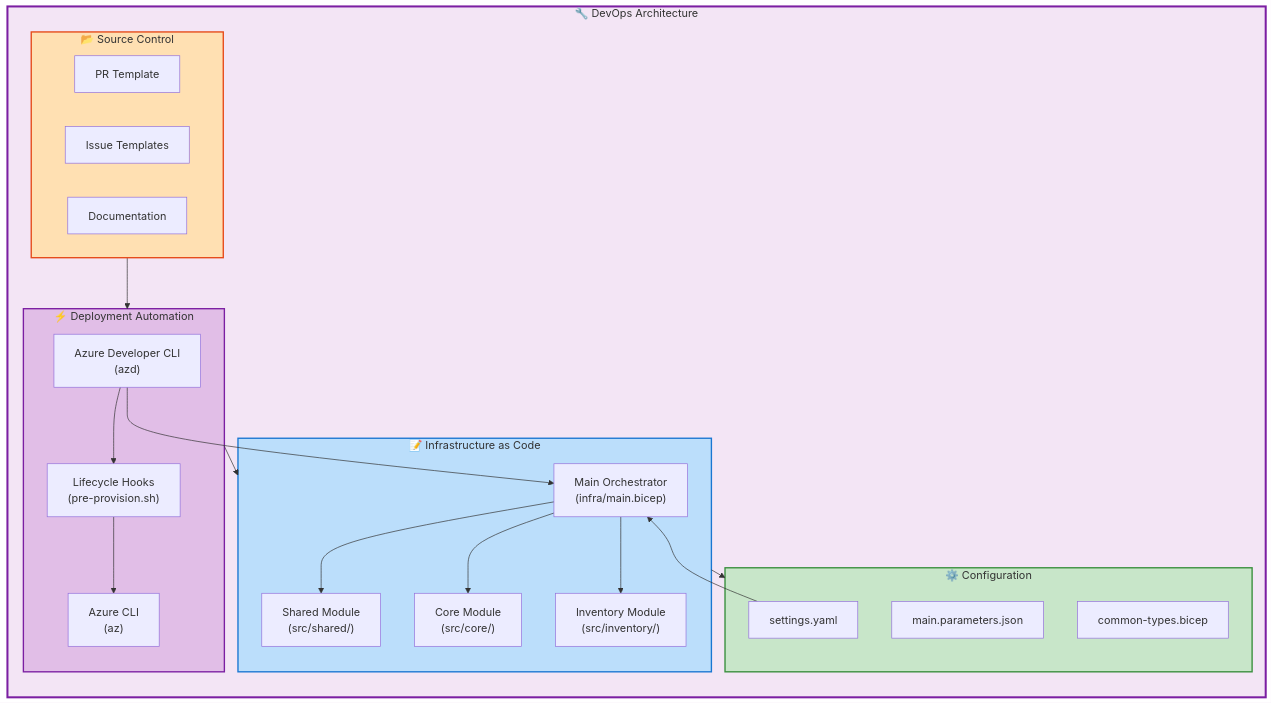
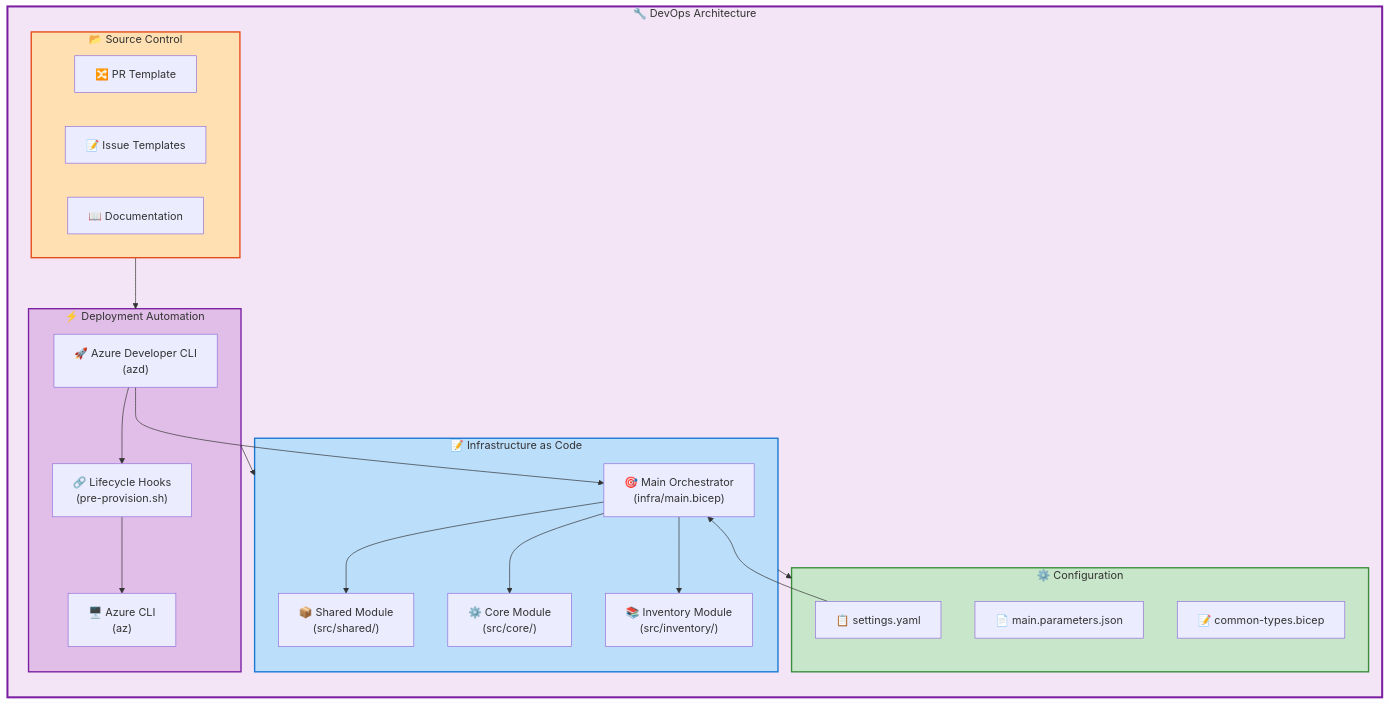
One commit to Evilazaro/APIM-Accelerator changed the first of 6 diagrams in docs/architecture/DevOps_Architecture_Document.md. Above: the diagram before and after it, drawn with Mermaid. The commit also changed other lines of this file and 1 other file, not shown here.

Commit message:
Enhance architecture documents with improved icons and formatting for clarity and visual appeal

````diff
--- a/docs/architecture/DevOps_Architecture_Document.md
+++ b/docs/architecture/DevOps_Architecture_Document.md
@@ -81,50 +81,50 @@
 ```mermaid
 %%{init: {"flowchart": {"htmlLabels": false}} }%%
 flowchart TB
     subgraph devops["🔧 DevOps Architecture"]
         direction TB
 
         subgraph automation["⚡ Deployment Automation"]
-            azd["Azure Developer CLI<br/>(azd)"]
-            hooks["Lifecycle Hooks<br/>(pre-provision.sh)"]
-            azcli["Azure CLI<br/>(az)"]
+            azd["🚀 Azure Developer CLI<br/>(azd)"]
+            hooks["🔗 Lifecycle Hooks<br/>(pre-provision.sh)"]
+            azcli["🖥️ Azure CLI<br/>(az)"]
         end
 
         subgraph iac["📝 Infrastructure as Code"]
-            orchestrator["Main Orchestrator<br/>(infra/main.bicep)"]
-            shared["Shared Module<br/>(src/shared/)"]
-            core["Core Module<br/>(src/core/)"]
-            inventory["Inventory Module<br/>(src/inventory/)"]
+            orchestrator["🎯 Main Orchestrator<br/>(infra/main.bicep)"]
+            shared["📦 Shared Module<br/>(src/shared/)"]
+            core["⚙️ Core Module<br/>(src/core/)"]
+            inventory["📚 Inventory Module<br/>(src/inventory/)"]
         end
 
         subgraph config["⚙️ Configuration"]
-            settings["settings.yaml"]
-            params["main.parameters.json"]
-            types["common-types.bicep"]
+            settings["📋 settings.yaml"]
+            params["📄 main.parameters.json"]
+            types["📝 common-types.bicep"]
         end
 
         subgraph scm["📂 Source Control"]
-            pr["PR Template"]
-            issues["Issue Templates"]
-            docs["Documentation"]
+            pr["🔀 PR Template"]
+            issues["📝 Issue Templates"]
+            docs["📖 Documentation"]
         end
 
         automation --> iac
         iac --> config
         scm --> automation
 
         azd --> hooks
         hooks --> azcli
         azd --> orchestrator
         orchestrator --> shared
         orchestrator --> core
         orchestrator --> inventory
         settings --> orchestrator
     end
 
     style devops fill:#F3E5F5,stroke:#7B1FA2,stroke-width:3px
     style automation fill:#E1BEE7,stroke:#7B1FA2,stroke-width:2px
     style iac fill:#BBDEFB,stroke:#1976D2,stroke-width:2px
     style config fill:#C8E6C9,stroke:#388E3C,stroke-width:2px
     style scm fill:#FFE0B2,stroke:#E64A19,stroke-width:2px
 ```
````
